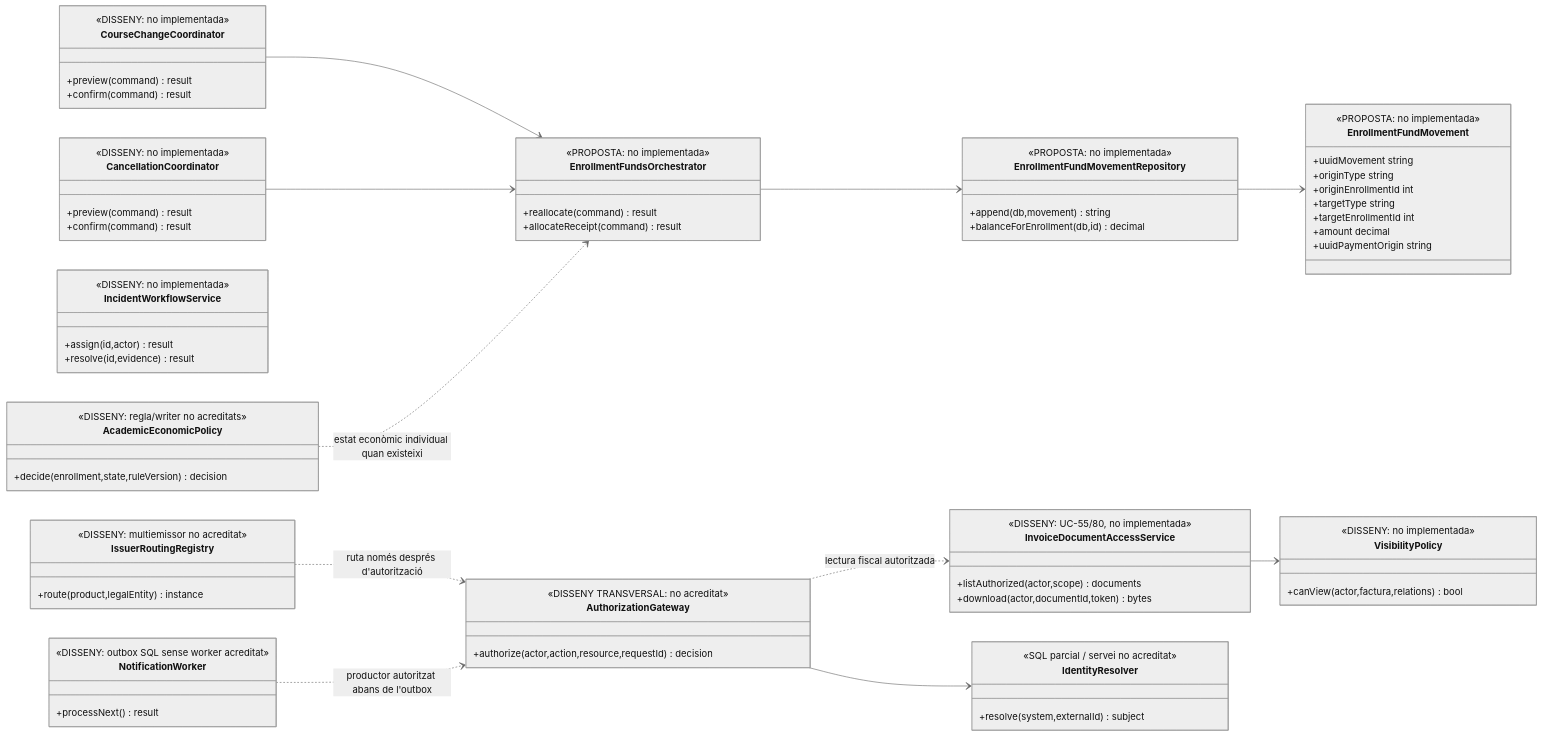
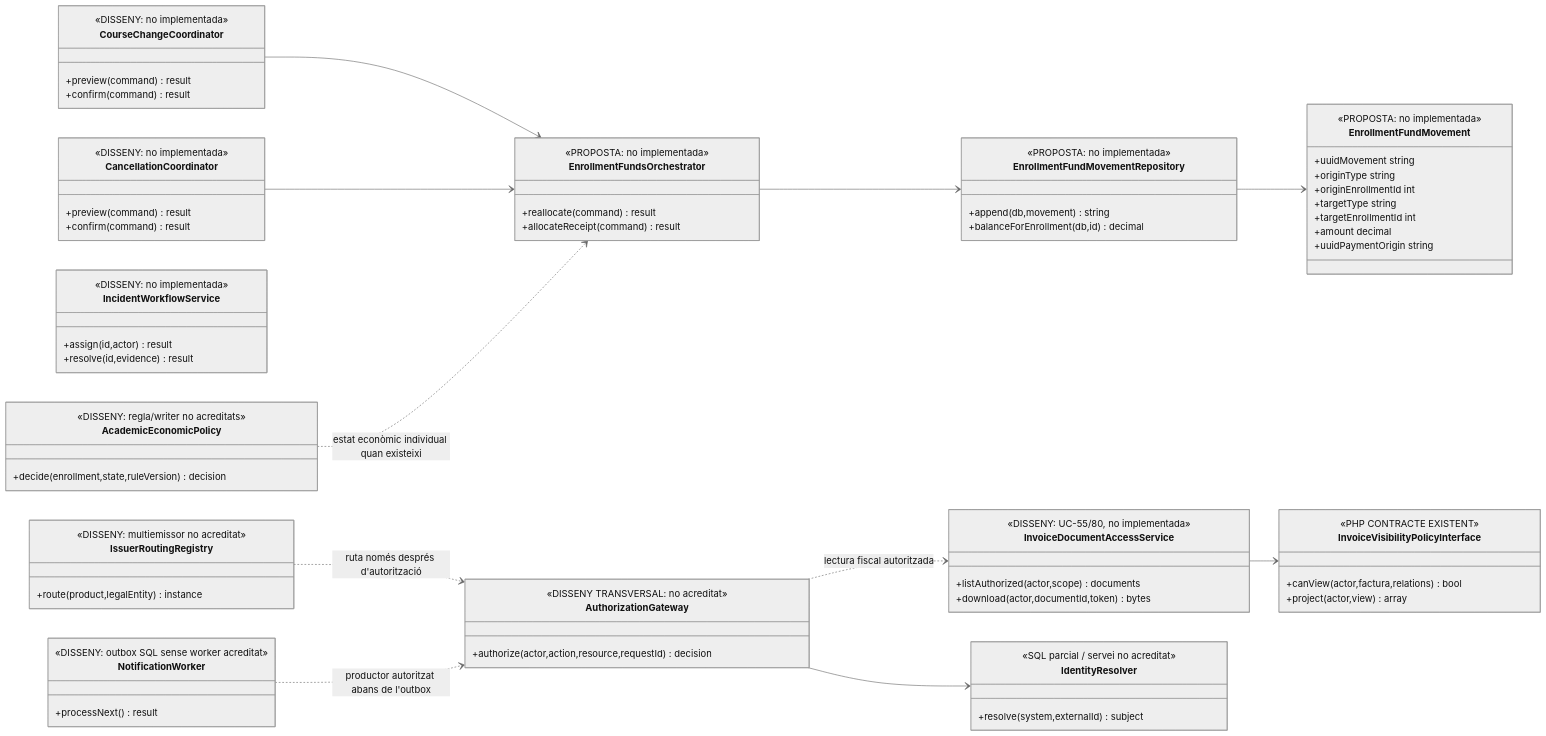
One commit to orgmeriemprismacat-del/verifactu changed diagram 17 of 28 in documentacio/07-uml-integrat/00-model-classes-general.md. Above: the diagram before and after it, drawn with Mermaid (neutral theme). The commit also changed other lines of this file, not shown here.

````diff
--- a/documentacio/07-uml-integrat/00-model-classes-general.md
+++ b/documentacio/07-uml-integrat/00-model-classes-general.md
@@ -763,78 +805,79 @@
 ```mermaid
 classDiagram
 direction LR
 class EnrollmentFundMovement {
  <<PROPOSTA: no implementada>>
  +uuidMovement string
  +originType string
  +originEnrollmentId int
  +targetType string
  +targetEnrollmentId int
  +amount decimal
  +uuidPaymentOrigin string
 }
 class EnrollmentFundMovementRepository {
  <<PROPOSTA: no implementada>>
  +append(db,movement) string
  +balanceForEnrollment(db,id) decimal
 }
 class EnrollmentFundsOrchestrator {
  <<PROPOSTA: no implementada>>
  +reallocate(command) result
  +allocateReceipt(command) result
 }
 class CourseChangeCoordinator {
  <<DISSENY: no implementada>>
  +preview(command) result
  +confirm(command) result
 }
 class CancellationCoordinator {
  <<DISSENY: no implementada>>
  +preview(command) result
  +confirm(command) result
 }
-class VisibilityPolicy {
- <<DISSENY: no implementada>>
+class InvoiceVisibilityPolicyInterface {
+ <<PHP CONTRACTE EXISTENT>>
  +canView(actor,factura,relations) bool
+ +project(actor,view) array
 }
 class InvoiceDocumentAccessService {
  <<DISSENY: UC-55/80, no implementada>>
  +listAuthorized(actor,scope) documents
  +download(actor,documentId,token) bytes
 }
 class IncidentWorkflowService {
  <<DISSENY: no implementada>>
  +assign(id,actor) result
  +resolve(id,evidence) result
 }
 class AuthorizationGateway {
  <<DISSENY TRANSVERSAL: no acreditat>>
  +authorize(actor,action,resource,requestId) decision
 }
 class IdentityResolver {
  <<SQL parcial / servei no acreditat>>
  +resolve(system,externalId) subject
 }
 class IssuerRoutingRegistry {
  <<DISSENY: multiemissor no acreditat>>
  +route(product,legalEntity) instance
 }
 class NotificationWorker {
  <<DISSENY: outbox SQL sense worker acreditat>>
  +processNext() result
 }
 class AcademicEconomicPolicy {
  <<DISSENY: regla/writer no acreditats>>
  +decide(enrollment,state,ruleVersion) decision
 }
 CourseChangeCoordinator --> EnrollmentFundsOrchestrator
 CancellationCoordinator --> EnrollmentFundsOrchestrator
 EnrollmentFundsOrchestrator --> EnrollmentFundMovementRepository
 EnrollmentFundMovementRepository --> EnrollmentFundMovement
-InvoiceDocumentAccessService --> VisibilityPolicy
+InvoiceDocumentAccessService --> InvoiceVisibilityPolicyInterface
 AuthorizationGateway --> IdentityResolver
 AuthorizationGateway ..> InvoiceDocumentAccessService : lectura fiscal autoritzada
 IssuerRoutingRegistry ..> AuthorizationGateway : ruta només després d'autorització
 NotificationWorker ..> AuthorizationGateway : productor autoritzat abans de l'outbox
 AcademicEconomicPolicy ..> EnrollmentFundsOrchestrator : estat econòmic individual quan existeixi
 ```
````
